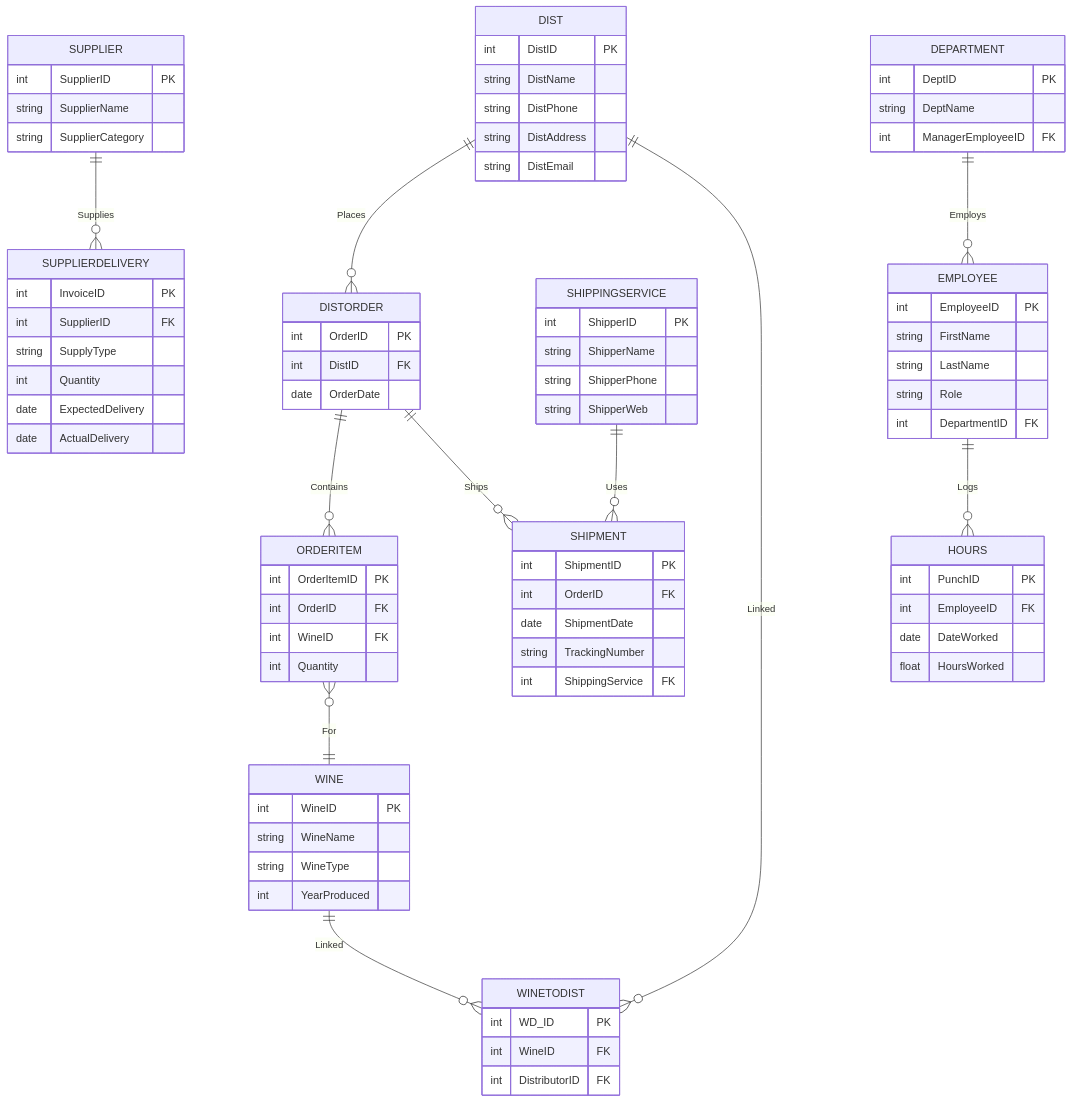
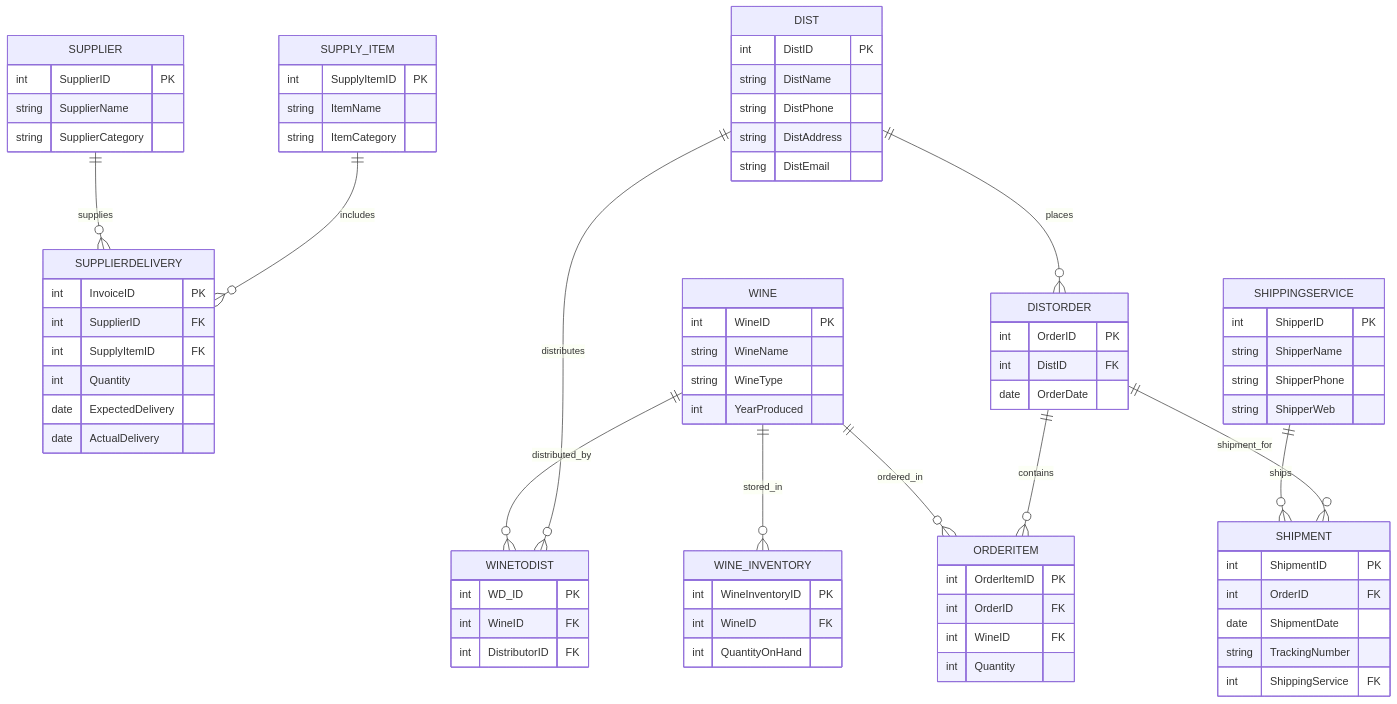
The diagram in Milesone_12/ERD(UPDATE).mmd (BobbyJoeCool/CSD310-BlueTeam), drawn with Mermaid before and after one commit. The commit also changed 1 other file, not shown here.

Commit message:
Upload Updated Mermaid Charts

```diff
--- a/Milesone_12/ERD(UPDATE).mmd
+++ b/Milesone_12/ERD(UPDATE).mmd
@@ -1,114 +1,94 @@
-    erDiagram
-    %% =======================
-    %% SUPPLIERS
-    %% =======================
+erDiagram
+    direction TB
 
     SUPPLIER {
         int SupplierID PK
         string SupplierName
         string SupplierCategory
     }
 
     SUPPLIERDELIVERY {
         int InvoiceID PK
         int SupplierID FK
-        string SupplyType
+        int SupplyItemID FK
         int Quantity
         date ExpectedDelivery
         date ActualDelivery
     }
 
-    SUPPLIER ||--o{ SUPPLIERDELIVERY : "Supplies"
+    SUPPLY_ITEM {
+        int SupplyItemID PK
+        string ItemName
+        string ItemCategory
+    }
 
+    WINE_INVENTORY {
+        int WineInventoryID PK
+        int WineID FK
+        int QuantityOnHand
+    }
 
-    %% =======================
-    %% DISTRIBUTORS
-    %% =======================
+    WINE {
+        int WineID PK
+        string WineName
+        string WineType
+        int YearProduced
+    }
 
     DIST {
         int DistID PK
         string DistName
         string DistPhone
         string DistAddress
         string DistEmail
     }
 
     DISTORDER {
         int OrderID PK
         int DistID FK
         date OrderDate
     }
 
     ORDERITEM {
         int OrderItemID PK
         int OrderID FK
         int WineID FK
         int Quantity
     }
 
     SHIPPINGSERVICE {
         int ShipperID PK
         string ShipperName
         string ShipperPhone
         string ShipperWeb
     }
 
     SHIPMENT {
         int ShipmentID PK
         int OrderID FK
         date ShipmentDate
         string TrackingNumber
         int ShippingService FK
     }
 
     WINETODIST {
         int WD_ID PK
         int WineID FK
         int DistributorID FK
     }
 
-    WINE {
-        int WineID PK
-        string WineName
-        string WineType
-        int YearProduced
-    }
+    %% RELATIONSHIPS
+    SUPPLIER ||--o{ SUPPLIERDELIVERY : supplies
+    SUPPLY_ITEM ||--o{ SUPPLIERDELIVERY : includes
 
-    DIST ||--o{ DISTORDER : "Places"
-    DISTORDER ||--o{ ORDERITEM : "Contains"
-    ORDERITEM }o--|| WINE : "For"
+    WINE ||--o{ WINE_INVENTORY : stored_in
+    WINE ||--o{ ORDERITEM : ordered_in
 
-    DISTORDER ||--o{ SHIPMENT : "Ships"
-    SHIPPINGSERVICE ||--o{ SHIPMENT : "Uses"
+    DIST ||--o{ DISTORDER : places
+    DISTORDER ||--o{ ORDERITEM : contains
 
-    WINE ||--o{ WINETODIST : "Linked"
-    DIST ||--o{ WINETODIST : "Linked"
+    SHIPPINGSERVICE ||--o{ SHIPMENT : ships
+    DISTORDER ||--o{ SHIPMENT : shipment_for
 
-
-    %% =======================
-    %% INTERNAL OPERATIONS
-    %% =======================
-
-    EMPLOYEE {
-        int EmployeeID PK
-        string FirstName
-        string LastName
-        string Role
-        int DepartmentID FK
-    }
-
-    DEPARTMENT {
-        int DeptID PK
-        string DeptName
-        int ManagerEmployeeID FK
-    }
-
-    HOURS {
-        int PunchID PK
-        int EmployeeID FK
-        date DateWorked
-        float HoursWorked
-    }
-
-    DEPARTMENT ||--o{ EMPLOYEE : "Employs"
-    EMPLOYEE ||--o{ HOURS : "Logs"
+    WINE ||--o{ WINETODIST : distributed_by
+    DIST ||--o{ WINETODIST : distributes
```
